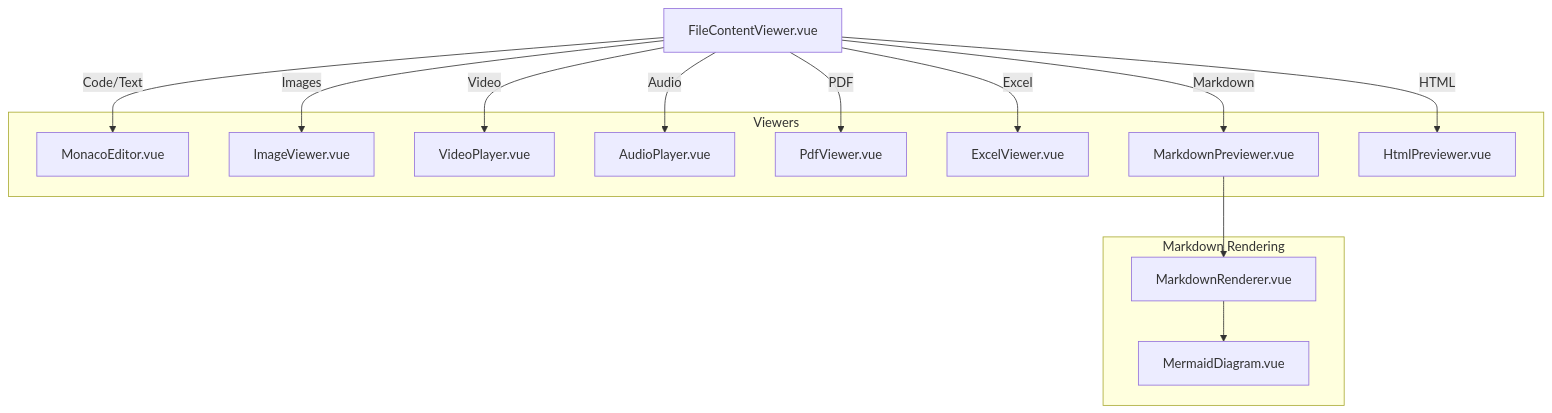
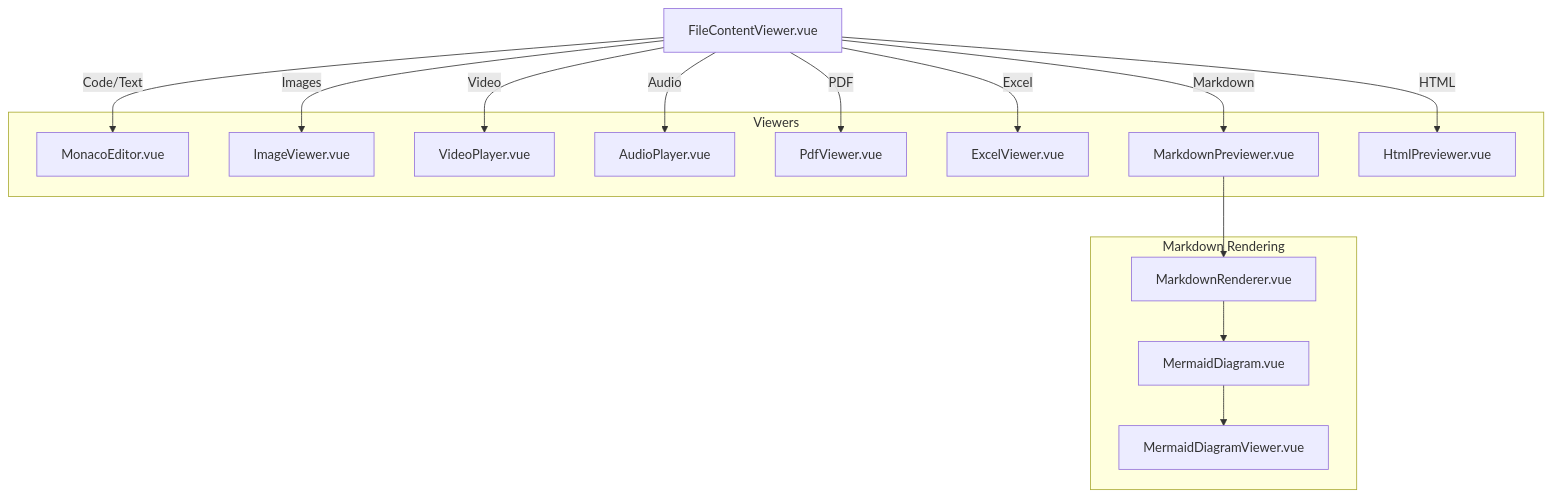
Before and after one commit to AutoByteus/autobyteus-workspace: the diagram in autobyteus-web/docs/content_rendering.md, drawn with Mermaid. The commit also changed other lines of this file and 74 other files, not shown here.

Commit message:
chore(ticket): finalize diagram zoom viewer

````diff
--- a/autobyteus-web/docs/content_rendering.md
+++ b/autobyteus-web/docs/content_rendering.md
@@ -13,32 +13,34 @@
 ```mermaid
 flowchart TD
     FileContentViewer[FileContentViewer.vue]
 
     subgraph "Viewers"
         MonacoEditor[MonacoEditor.vue]
         ImageViewer[ImageViewer.vue]
         VideoPlayer[VideoPlayer.vue]
         AudioPlayer[AudioPlayer.vue]
         PdfViewer[PdfViewer.vue]
         ExcelViewer[ExcelViewer.vue]
         MarkdownPreviewer[MarkdownPreviewer.vue]
         HtmlPreviewer[HtmlPreviewer.vue]
     end
 
     subgraph "Markdown Rendering"
         MarkdownRenderer[MarkdownRenderer.vue]
         MermaidDiagram[MermaidDiagram.vue]
+        MermaidDiagramViewer[MermaidDiagramViewer.vue]
     end
 
     FileContentViewer -->|Code/Text| MonacoEditor
     FileContentViewer -->|Images| ImageViewer
     FileContentViewer -->|Video| VideoPlayer
     FileContentViewer -->|Audio| AudioPlayer
     FileContentViewer -->|PDF| PdfViewer
     FileContentViewer -->|Excel| ExcelViewer
     FileContentViewer -->|Markdown| MarkdownPreviewer
     FileContentViewer -->|HTML| HtmlPreviewer
 
     MarkdownPreviewer --> MarkdownRenderer
     MarkdownRenderer --> MermaidDiagram
+    MermaidDiagram --> MermaidDiagramViewer
 ```
````
